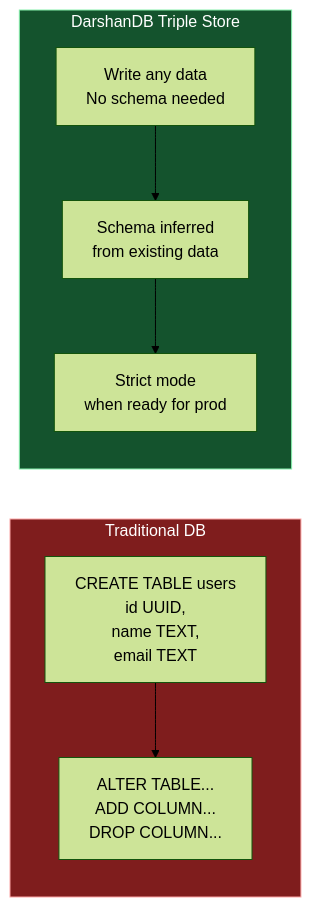
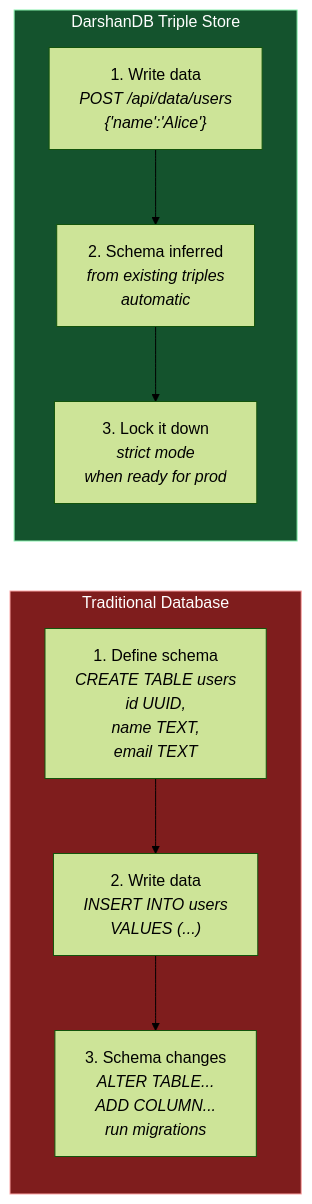
The sixth of 11 diagrams in README.md (darshjme/darshjdb), drawn with Mermaid (forest theme) before and after one commit. The commit also changed other lines of this file, not shown here.

First line of the commit message:
docs: definitive README — 11 Mermaid diagrams, real founder story, honest alpha

````diff
--- a/README.md
+++ b/README.md
@@ -166,18 +231,19 @@
 ```mermaid
 graph LR
-    subgraph Traditional["Traditional DB"]
-        T1["CREATE TABLE users\n  id UUID,\n  name TEXT,\n  email TEXT"]
-        T2["ALTER TABLE...\n  ADD COLUMN...\n  DROP COLUMN..."]
-        T1 --> T2
+    subgraph Traditional["Traditional Database"]
+        T1["1. Define schema\n<i>CREATE TABLE users\n  id UUID,\n  name TEXT,\n  email TEXT</i>"]
+        T2["2. Write data\n<i>INSERT INTO users\n  VALUES (...)</i>"]
+        T3["3. Schema changes\n<i>ALTER TABLE...\n  ADD COLUMN...\n  run migrations</i>"]
+        T1 --> T2 --> T3
     end
 
-    subgraph DarshanDB["DarshanDB Triple Store"]
-        D1["Write any data\nNo schema needed"]
-        D2["Schema inferred\nfrom existing data"]
-        D3["Strict mode\nwhen ready for prod"]
+    subgraph Triple["DarshanDB Triple Store"]
+        D1["1. Write data\n<i>POST /api/data/users\n  {'name':'Alice'}</i>"]
+        D2["2. Schema inferred\n<i>from existing triples\n  automatic</i>"]
+        D3["3. Lock it down\n<i>strict mode\n  when ready for prod</i>"]
         D1 --> D2 --> D3
     end
 
     style Traditional fill:#7f1d1d,stroke:#fca5a5,color:#fff
-    style DarshanDB fill:#14532d,stroke:#86efac,color:#fff
+    style Triple fill:#14532d,stroke:#86efac,color:#fff
 ```
````
